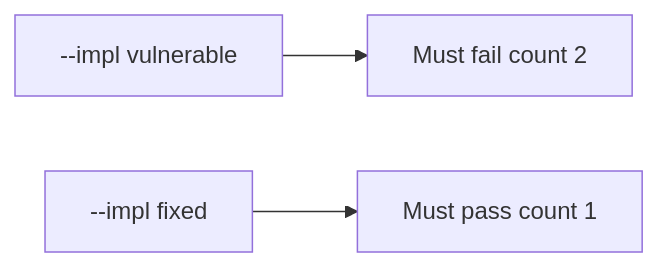
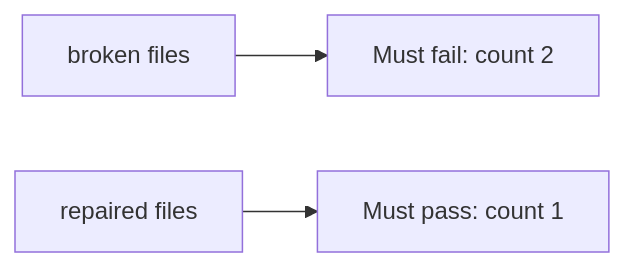
One commit to ishitvagoel/LearnSecurity changed the diagram in content/modules/2/2.4/lessons/05-verify.md. Above: the diagram before and after it, drawn with Mermaid. The commit also changed other lines of this file and 7 other files, not shown here.

````diff
--- a/content/modules/2/2.4/lessons/05-verify.md
+++ b/content/modules/2/2.4/lessons/05-verify.md
@@ -15,5 +14,5 @@
 ```mermaid
 flowchart LR
-  V["--impl vulnerable"] --> F["Must fail count 2"]
-  X["--impl fixed"] --> P["Must pass count 1"]
+  V["broken files"] --> F["Must fail: count 2"]
+  X["repaired files"] --> P["Must pass: count 1"]
 ```
````
